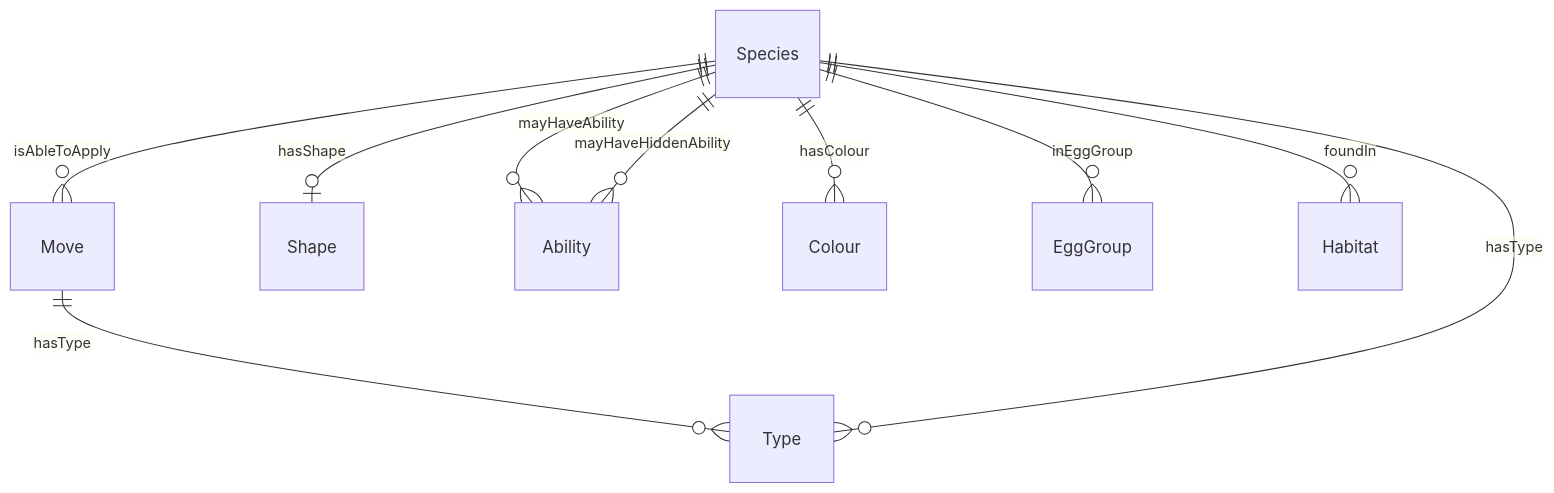
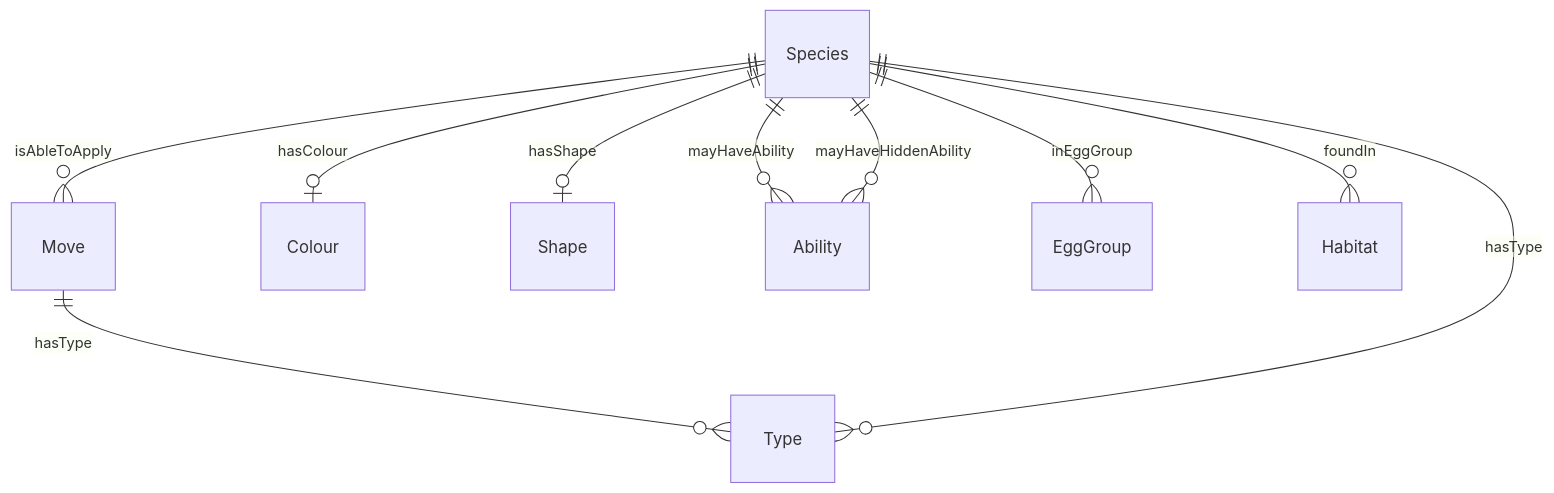
One commit to vladistan/linkml-pokemon changed diagram 42 of 42 in project/datadict.md. Above: the diagram before and after it, drawn with Mermaid. The commit also changed other lines of this file and 18 other files, not shown here.

Commit message:
Final tweaks to the schema

````diff
--- a/project/datadict.md
+++ b/project/datadict.md
@@ -1654,23 +1683,23 @@
 ```mermaid
 erDiagram
 Move {
 
 }
 Species {
 
 }
 Type {
 
 }
 
 Move ||--}o Type : "hasType"
+Species ||--|o Colour : "hasColour"
 Species ||--|o Shape : "hasShape"
 Species ||--}o Ability : "mayHaveAbility"
 Species ||--}o Ability : "mayHaveHiddenAbility"
-Species ||--}o Colour : "hasColour"
 Species ||--}o EggGroup : "inEggGroup"
 Species ||--}o Habitat : "foundIn"
 Species ||--}o Move : "isAbleToApply"
 Species ||--}o Type : "hasType"
 
 ```
````
